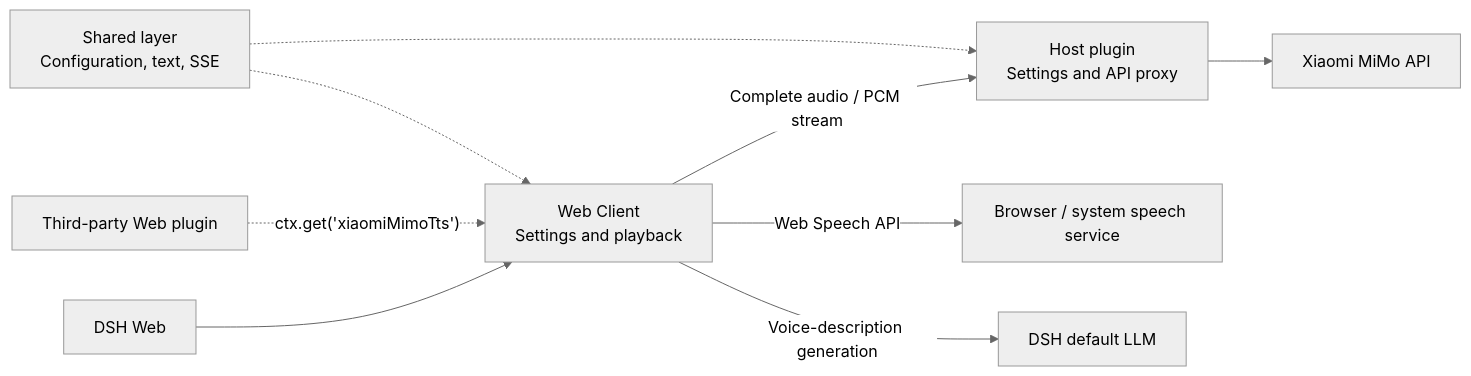
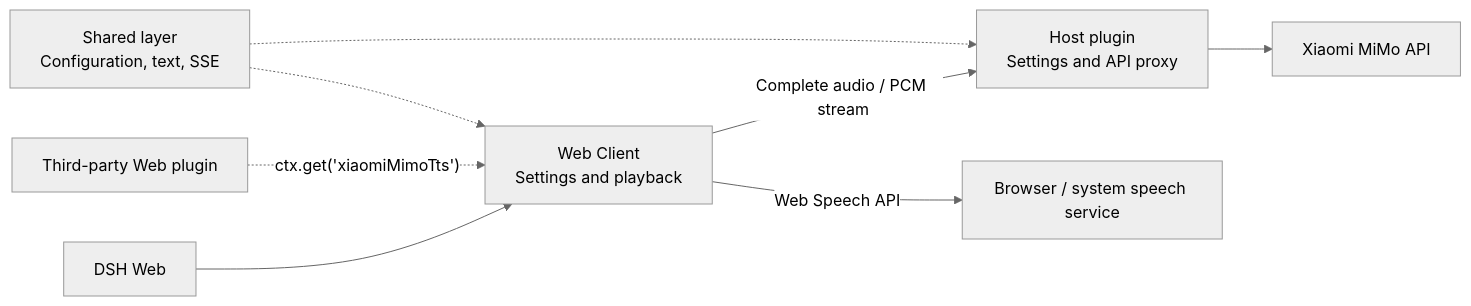
Before and after one commit to ppy-web/dsh-plugin-xiaomi-mimo-tts: the diagram in README.en.md, drawn with Mermaid (neutral theme). The commit also changed other lines of this file and 44 other files, not shown here.

````diff
--- a/README.en.md
+++ b/README.en.md
@@ -173,11 +172,10 @@
 ```mermaid
 flowchart LR
     DSH["DSH Web"] --> CLIENT["Web Client<br/>Settings and playback"]
     THIRD["Third-party Web plugin"] -. "ctx.get('xiaomiMimoTts')" .-> CLIENT
     CLIENT -->|"Complete audio / PCM stream"| HOST["Host plugin<br/>Settings and API proxy"]
     HOST --> MIMO["Xiaomi MiMo API"]
     CLIENT -->|"Web Speech API"| SPEECH["Browser / system speech service"]
-    CLIENT -->|"Voice-description generation"| LLM["DSH default LLM"]
     SHARED["Shared layer<br/>Configuration, text, SSE"] -.-> CLIENT
     SHARED -.-> HOST
 ```
````
